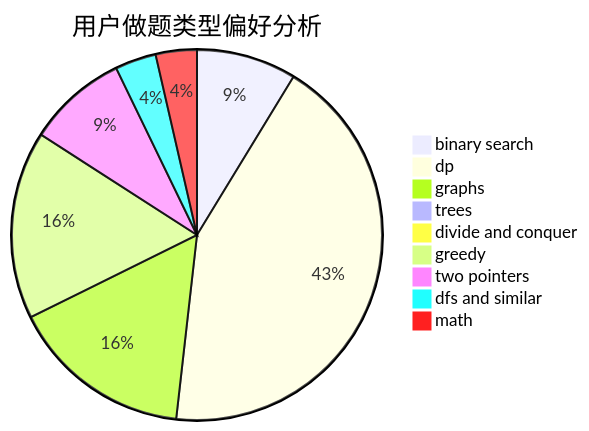
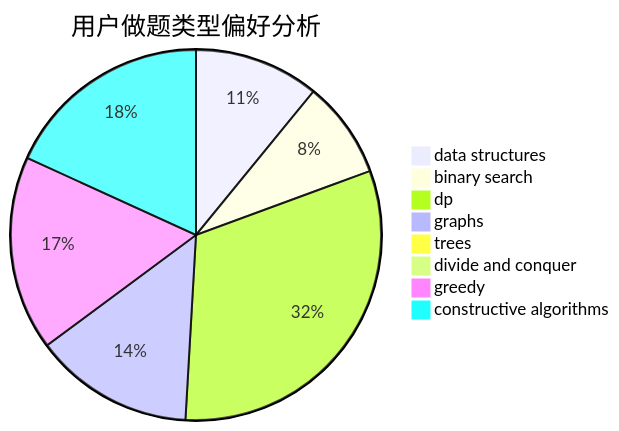
Before and after one commit to sherpahu/cfrs.github.io: the second of 3 diagrams in docs/user/u2304.md, drawn with Mermaid. The commit also changed other lines of this file and 2775 other files, not shown here.

````diff
--- a/docs/user/u2304.md
+++ b/docs/user/u2304.md
@@ -23,12 +23,11 @@
 ```mermaid
 pie title 用户做题类型偏好分析
-    "binary search" :  17
-    "dp" :  84
-    "graphs" :  31
+    "data structures" :  18
+    "binary search" :  14
+    "dp" :  52
+    "graphs" :  23
     "trees" :  0
     "divide and conquer" :  0
-    "greedy" :  32
-    "two pointers" :  17
-    "dfs and similar" :  7
-    "math" :  7
+    "greedy" :  28
+    "constructive algorithms" :  30
 ```
````
